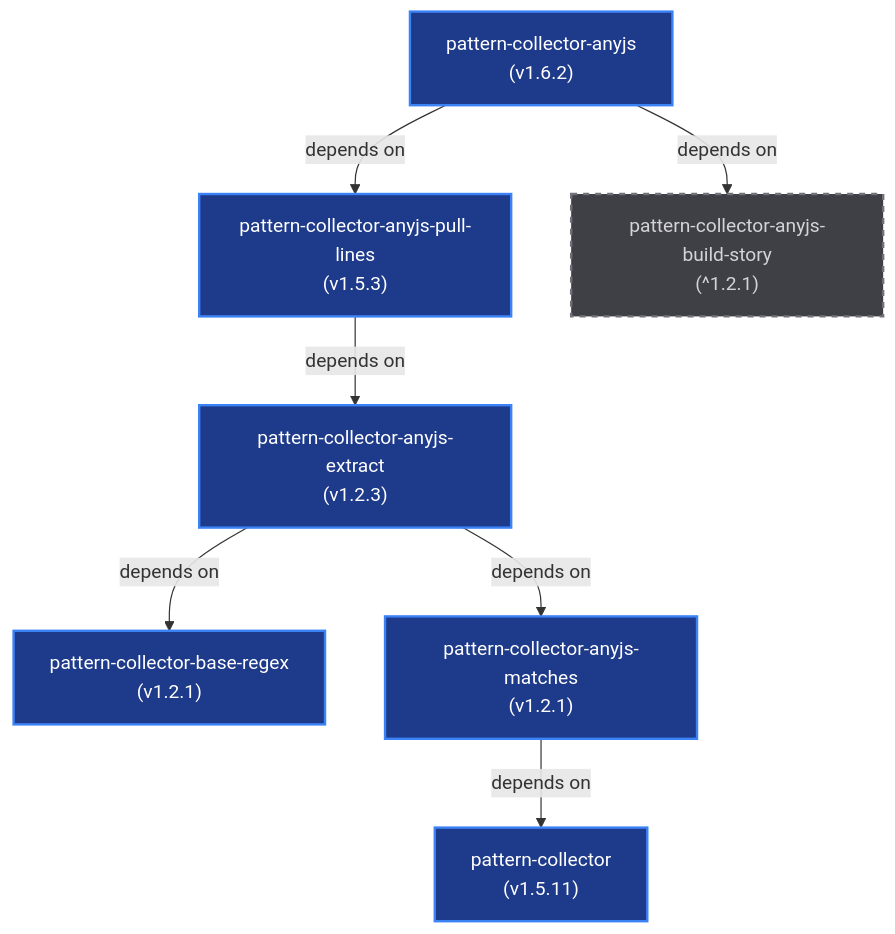
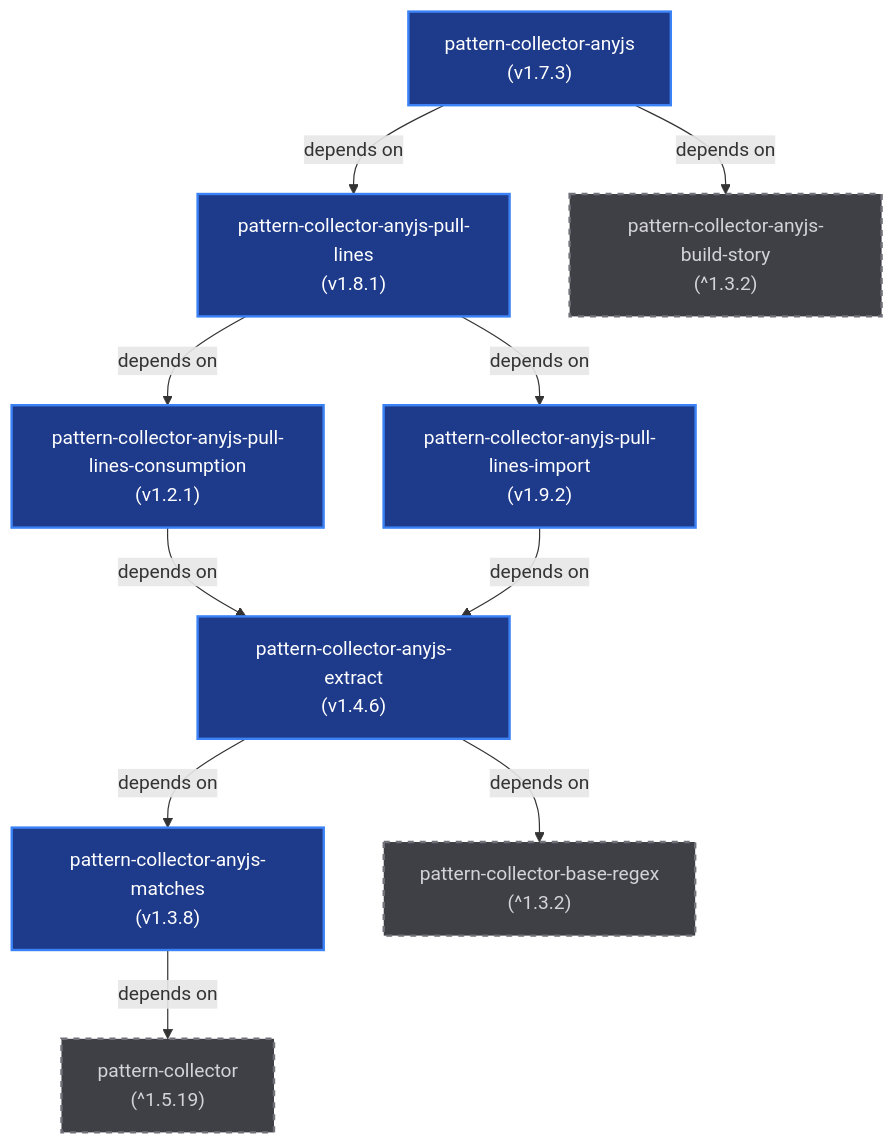
Before and after one commit to keshavsoft/pattern-collector-anyjs: the diagram in anyjs_repository_analysis.md, drawn with Mermaid. The commit also changed other lines of this file and 2 other files, not shown here.

````diff
--- a/anyjs_repository_analysis.md
+++ b/anyjs_repository_analysis.md
@@ -14,28 +14,34 @@
 ```mermaid
 graph TD
     classDef default fill:#1f2937,stroke:#374151,stroke-width:1px,color:#f3f4f6;
     classDef active fill:#1e3a8a,stroke:#3b82f6,stroke-width:2px,color:#ffffff;
     classDef external fill:#3f3f46,stroke:#71717a,stroke-width:2px,color:#d4d4d8,stroke-dasharray: 5 5;
 
     %% Nodes
-    PC["pattern-collector<br>(v1.5.11)"]:::active
-    PCBR["pattern-collector-base-regex<br>(v1.2.1)"]:::active
-    PCAJ["pattern-collector-anyjs<br>(v1.6.2)"]:::active
-    PCAJE["pattern-collector-anyjs-extract<br>(v1.2.3)"]:::active
-    PCAJM["pattern-collector-anyjs-matches<br>(v1.2.1)"]:::active
-    PCAJPL["pattern-collector-anyjs-pull-lines<br>(v1.5.3)"]:::active
+    PCAJ["pattern-collector-anyjs<br>(v1.7.3)"]:::active
+    PCAJPL["pattern-collector-anyjs-pull-lines<br>(v1.8.1)"]:::active
+    PCAJPLC["pattern-collector-anyjs-pull-lines-consumption<br>(v1.2.1)"]:::active
+    PCAJPLI["pattern-collector-anyjs-pull-lines-import<br>(v1.9.2)"]:::active
+    PCAJE["pattern-collector-anyjs-extract<br>(v1.4.6)"]:::active
+    PCAJM["pattern-collector-anyjs-matches<br>(v1.3.8)"]:::active
     
     %% External Nodes
-    PCAJBS["pattern-collector-anyjs-build-story<br>(^1.2.1)"]:::external
+    PCAJBS["pattern-collector-anyjs-build-story<br>(^1.3.2)"]:::external
+    PCBR["pattern-collector-base-regex<br>(^1.3.2)"]:::external
+    PC["pattern-collector<br>(^1.5.19)"]:::external
 
     %% Edges
     PCAJ -->|depends on| PCAJBS
     PCAJ -->|depends on| PCAJPL
     
-    PCAJPL -->|depends on| PCAJE
+    PCAJPL -->|depends on| PCAJPLC
+    PCAJPL -->|depends on| PCAJPLI
+    
+    PCAJPLC -->|depends on| PCAJE
+    PCAJPLI -->|depends on| PCAJE
     
     PCAJE -->|depends on| PCAJM
     PCAJE -->|depends on| PCBR
     
     PCAJM -->|depends on| PC
 ```
````
